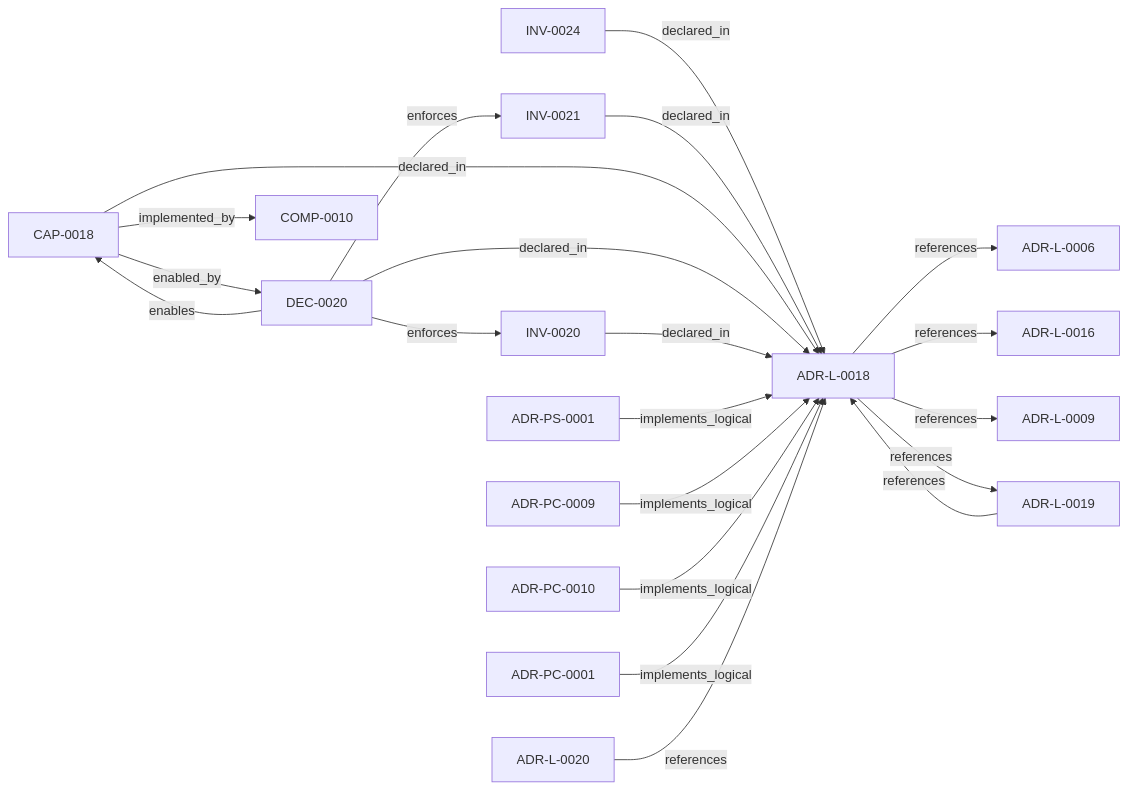
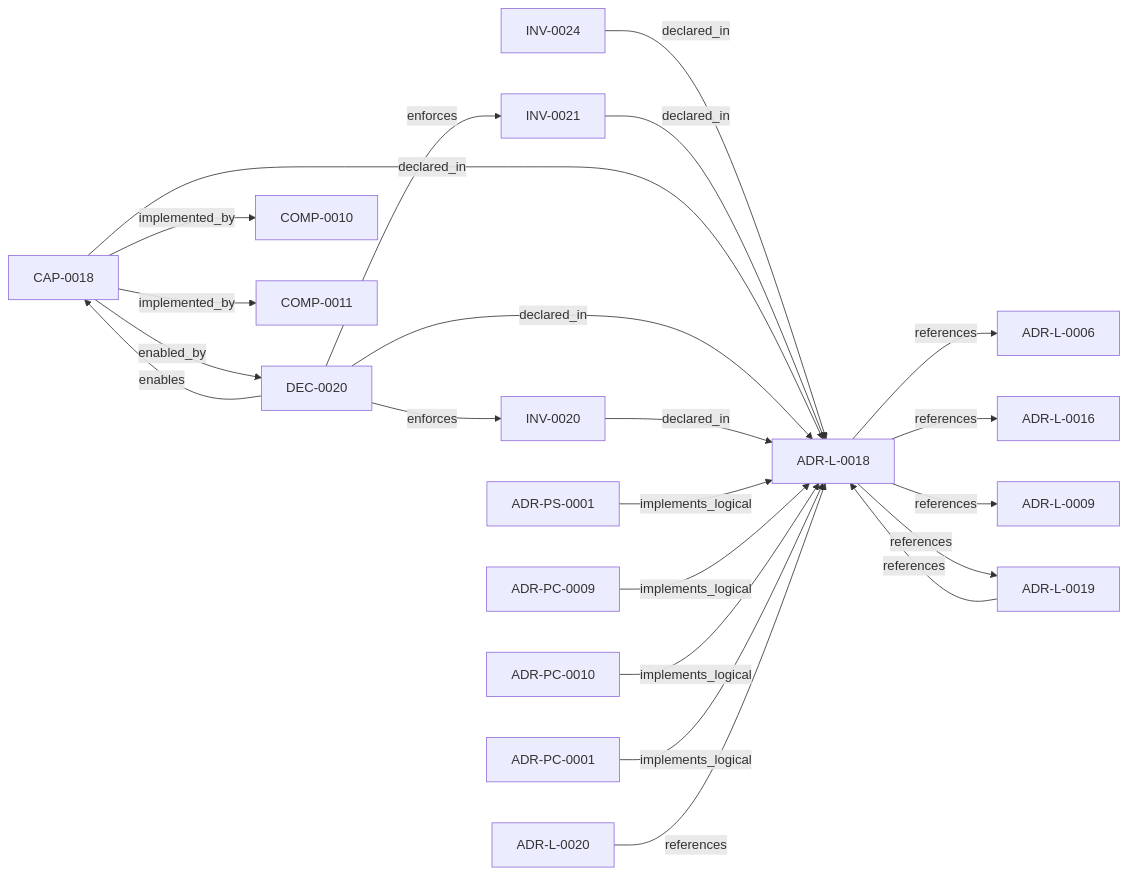
One commit to egallmann/ste-runtime changed the diagram in adrs/adr-projection/logical/ADR-L-0018-deterministic-workspace-graph-queries.md. Above: the diagram before and after it, drawn with Mermaid. The commit also changed other lines of this file and 57 other files, not shown here.

````diff
--- a/adrs/adr-projection/logical/ADR-L-0018-deterministic-workspace-graph-queries.md
+++ b/adrs/adr-projection/logical/ADR-L-0018-deterministic-workspace-graph-queries.md
@@ -44,39 +44,41 @@
 ```mermaid
 flowchart LR
   n_019ff84e_4ece_71c8_af1f_eb35c77b551a["ADR-L-0006"]
   n_019ff84e_4ece_72b6_b03e_1a80a8098665["INV-0024"]
   n_019ff84e_4ece_7329_8c34_bbee9f5aea8f["INV-0021"]
   n_019ff84e_4ece_76ad_ae3e_f92bef05635a["ADR-L-0016"]
   n_019ff84e_4ece_7c3b_833e_dbdb54ed76ec["ADR-L-0018"]
   n_019ff84e_4ece_7ce3_aa17_67193bab337e["ADR-L-0009"]
   n_019ff84e_4ece_7d33_a91e_00d8638b487d["CAP-0018"]
   n_019ff84e_4ece_7f12_ae27_d1eafc11b6eb["DEC-0020"]
   n_019ff84e_4ece_7ffd_8202_831399ecb2a0["INV-0020"]
   n_019ff84e_4ecf_736e_9d3d_dc19c7223122["COMP-0010"]
   n_019ff84e_4ecf_74ba_b201_3b02412f39c8["ADR-L-0019"]
   n_019ff84e_4ecf_78a6_bb1c_676e50a3d97a["ADR-PS-0001"]
   n_019ff84e_4ecf_7a24_801d_7d1e708577ac["ADR-PC-0009"]
+  n_019ff84e_4ecf_7ba6_ac1f_2a56af7d146c["COMP-0011"]
   n_019ff84e_4ecf_7d09_802f_c14b1802b27c["ADR-PC-0010"]
   n_019ff84e_4ecf_7d5e_a53c_bae8c74aca48["ADR-PC-0001"]
   n_019ff84e_4ecf_7f4e_8b17_1f35008e8877["ADR-L-0020"]
   n_019ff84e_4ece_72b6_b03e_1a80a8098665 -->|"declared_in"| n_019ff84e_4ece_7c3b_833e_dbdb54ed76ec
   n_019ff84e_4ece_7329_8c34_bbee9f5aea8f -->|"declared_in"| n_019ff84e_4ece_7c3b_833e_dbdb54ed76ec
   n_019ff84e_4ece_7d33_a91e_00d8638b487d -->|"declared_in"| n_019ff84e_4ece_7c3b_833e_dbdb54ed76ec
   n_019ff84e_4ece_7f12_ae27_d1eafc11b6eb -->|"declared_in"| n_019ff84e_4ece_7c3b_833e_dbdb54ed76ec
   n_019ff84e_4ece_7ffd_8202_831399ecb2a0 -->|"declared_in"| n_019ff84e_4ece_7c3b_833e_dbdb54ed76ec
   n_019ff84e_4ece_7d33_a91e_00d8638b487d -->|"enabled_by"| n_019ff84e_4ece_7f12_ae27_d1eafc11b6eb
   n_019ff84e_4ece_7f12_ae27_d1eafc11b6eb -->|"enables"| n_019ff84e_4ece_7d33_a91e_00d8638b487d
   n_019ff84e_4ece_7f12_ae27_d1eafc11b6eb -->|"enforces"| n_019ff84e_4ece_7329_8c34_bbee9f5aea8f
   n_019ff84e_4ece_7f12_ae27_d1eafc11b6eb -->|"enforces"| n_019ff84e_4ece_7ffd_8202_831399ecb2a0
   n_019ff84e_4ece_7d33_a91e_00d8638b487d -->|"implemented_by"| n_019ff84e_4ecf_736e_9d3d_dc19c7223122
+  n_019ff84e_4ece_7d33_a91e_00d8638b487d -->|"implemented_by"| n_019ff84e_4ecf_7ba6_ac1f_2a56af7d146c
   n_019ff84e_4ecf_78a6_bb1c_676e50a3d97a -->|"implements_logical"| n_019ff84e_4ece_7c3b_833e_dbdb54ed76ec
   n_019ff84e_4ecf_7a24_801d_7d1e708577ac -->|"implements_logical"| n_019ff84e_4ece_7c3b_833e_dbdb54ed76ec
   n_019ff84e_4ecf_7d09_802f_c14b1802b27c -->|"implements_logical"| n_019ff84e_4ece_7c3b_833e_dbdb54ed76ec
   n_019ff84e_4ecf_7d5e_a53c_bae8c74aca48 -->|"implements_logical"| n_019ff84e_4ece_7c3b_833e_dbdb54ed76ec
   n_019ff84e_4ece_7c3b_833e_dbdb54ed76ec -->|"references"| n_019ff84e_4ece_71c8_af1f_eb35c77b551a
   n_019ff84e_4ece_7c3b_833e_dbdb54ed76ec -->|"references"| n_019ff84e_4ece_76ad_ae3e_f92bef05635a
   n_019ff84e_4ece_7c3b_833e_dbdb54ed76ec -->|"references"| n_019ff84e_4ece_7ce3_aa17_67193bab337e
   n_019ff84e_4ece_7c3b_833e_dbdb54ed76ec -->|"references"| n_019ff84e_4ecf_74ba_b201_3b02412f39c8
   n_019ff84e_4ecf_74ba_b201_3b02412f39c8 -->|"references"| n_019ff84e_4ece_7c3b_833e_dbdb54ed76ec
   n_019ff84e_4ecf_7f4e_8b17_1f35008e8877 -->|"references"| n_019ff84e_4ece_7c3b_833e_dbdb54ed76ec
 ```
````
